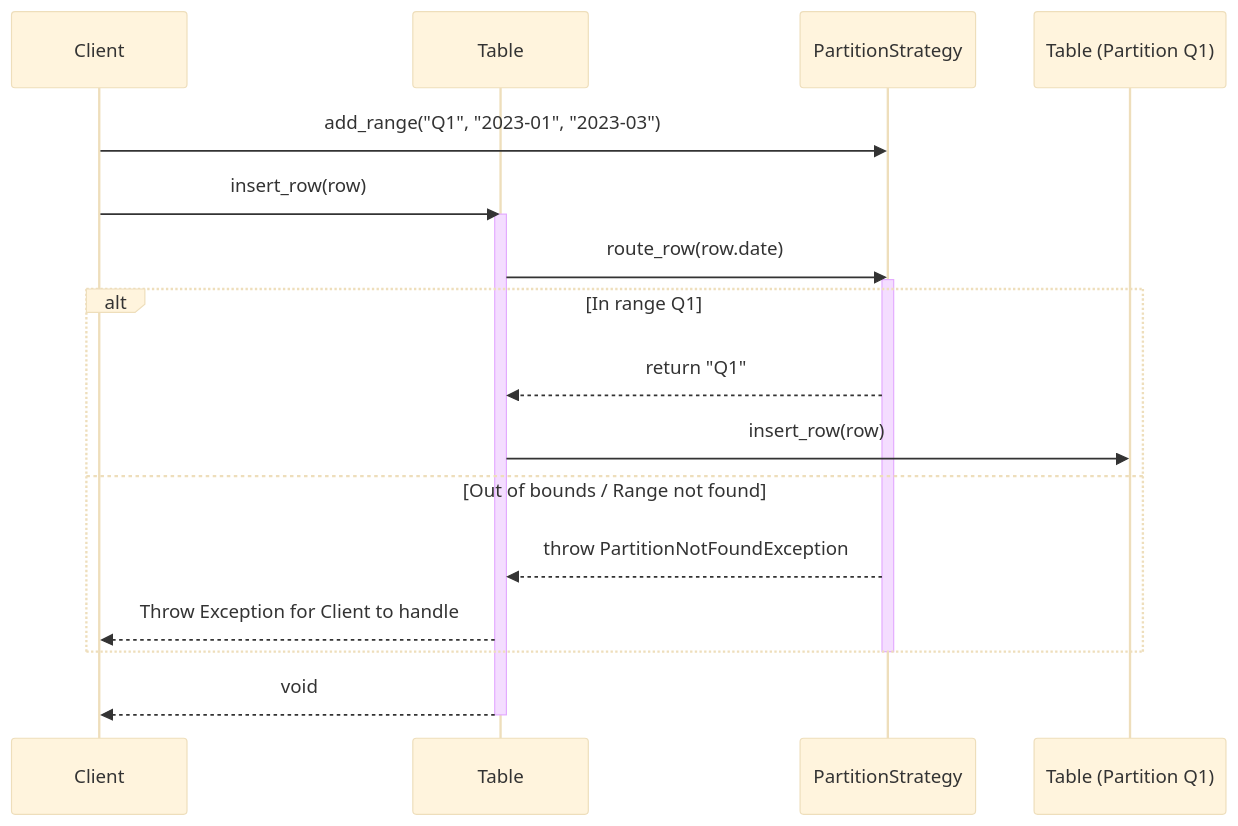
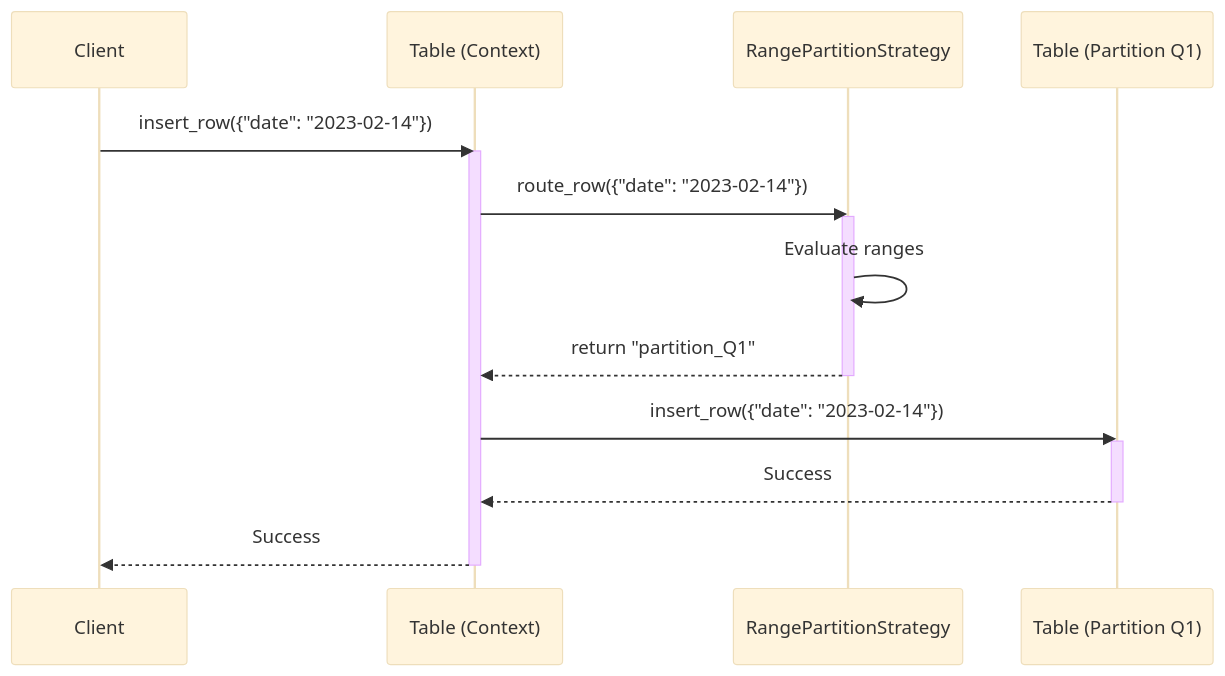
Diagram 22 of 32 in docs/readme.md (Ricky13170/bbv_DBMS), drawn with Mermaid (base theme) before and after one commit. The commit also changed other lines of this file and 16 other files, not shown here.

````diff
--- a/docs/readme.md
+++ b/docs/readme.md
@@ -1189,28 +1228,27 @@
 ```mermaid
 sequenceDiagram
     participant Client
-    participant Table
-    participant PStrat as PartitionStrategy
-    participant PartA as Table (Partition Q1)
+    participant MainTable as Table (Context)
+    participant Strategy as RangePartitionStrategy
+    participant PartTable as Table (Partition Q1)
     
-    %% Setup Range (Admin configures ahead)
-    Client->>PStrat: add_range("Q1", "2023-01", "2023-03")
+    %% Setup
+    Client->>MainTable: insert_row({"date": "2023-02-14"})
+    activate MainTable
     
-    %% Insertion (Pushing actual data)
-    Client->>Table: insert_row(row)
-    activate Table
-    Table->>PStrat: route_row(row.date)
-    activate PStrat
+    %% Delgate Routing
+    MainTable->>Strategy: route_row({"date": "2023-02-14"})
+    activate Strategy
+    Strategy->>Strategy: Evaluate ranges
+    Strategy-->>MainTable: return "partition_Q1"
+    deactivate Strategy
     
-    alt In range Q1
-        PStrat-->>Table: return "Q1"
-        Table->>PartA: insert_row(row)
-    else Out of bounds / Range not found
-        PStrat-->>Table: throw PartitionNotFoundException
-        Table-->>Client: Throw Exception for Client to handle
-    end
-    deactivate PStrat
+    %% Proxy Insert
+    MainTable->>PartTable: insert_row({"date": "2023-02-14"})
+    activate PartTable
+    PartTable-->>MainTable: Success
+    deactivate PartTable
     
-    Table-->>Client: void
-    deactivate Table
+    MainTable-->>Client: Success
+    deactivate MainTable
 ```
````
